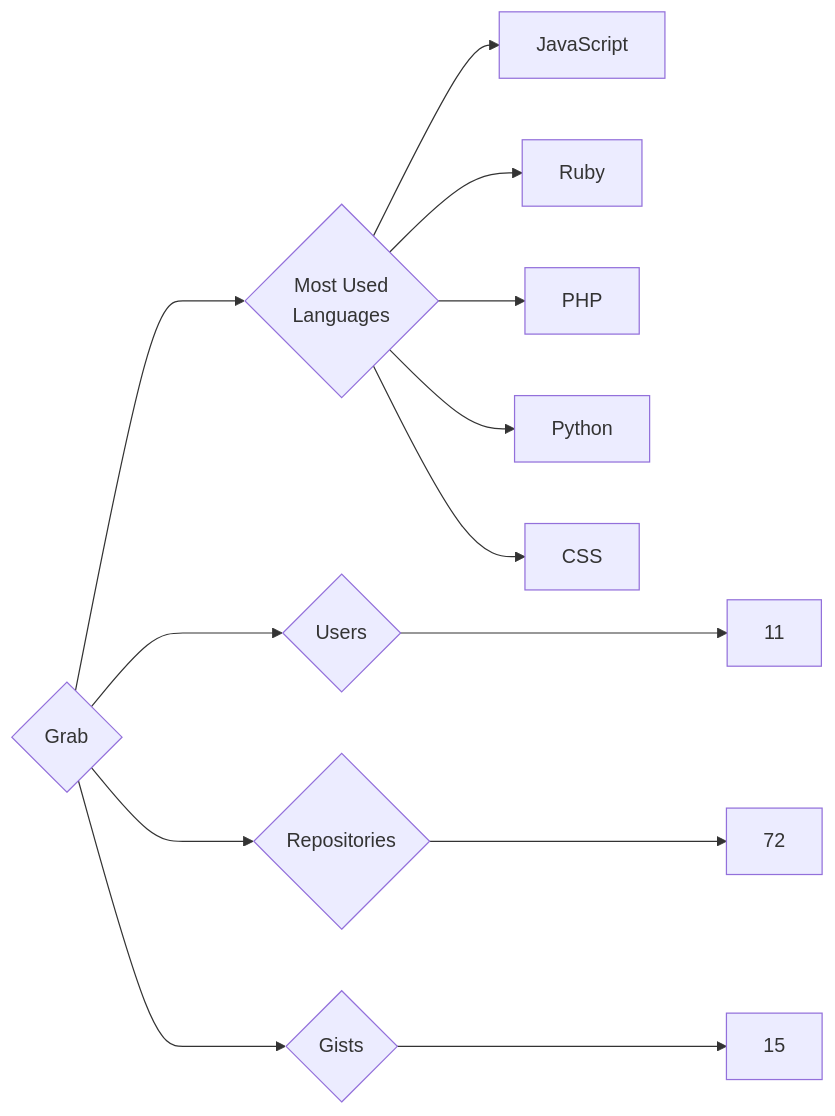
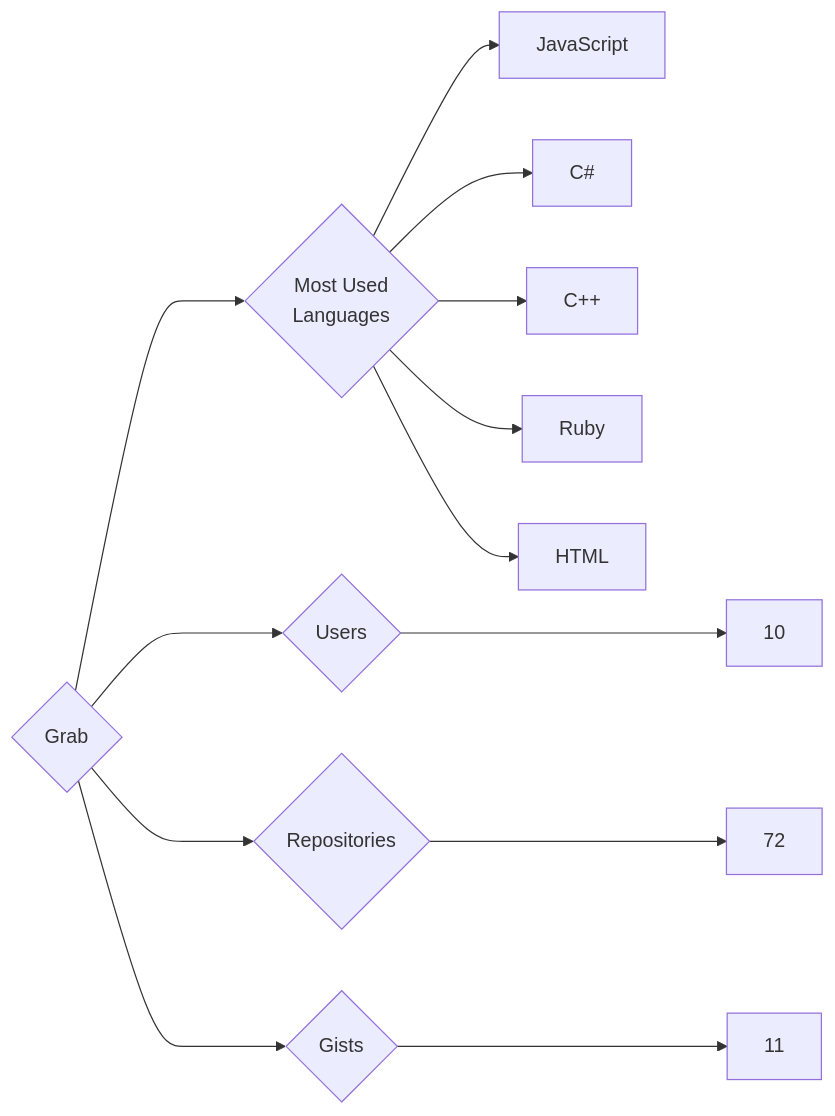
One commit to trickest/insiders changed the diagram in targets/Grab/README.md. Above: the diagram before and after it, drawn with Mermaid. The commit also changed 1084 other files, not shown here.

````diff
--- a/targets/Grab/README.md
+++ b/targets/Grab/README.md
@@ -3,13 +3,13 @@
 ```mermaid
 graph LR
 COMPANY_NAME{Grab}
-COMPANY_NAME ---> U{Users} ---> UN[11]
+COMPANY_NAME ---> U{Users} ---> UN[10]
 COMPANY_NAME ---> R{Repositories} ---> RN[72]
-COMPANY_NAME ---> G{Gists} ---> GN[15]
+COMPANY_NAME ---> G{Gists} ---> GN[11]
 COMPANY_NAME ---> ML{Most Used<br>Languages}
 ML --> JavaScript[JavaScript]
+ML --> C#[C#]
+ML --> C++[C++]
 ML --> Ruby[Ruby]
-ML --> PHP[PHP]
-ML --> Python[Python]
-ML --> CSS[CSS]
+ML --> HTML[HTML]
 ```
````
